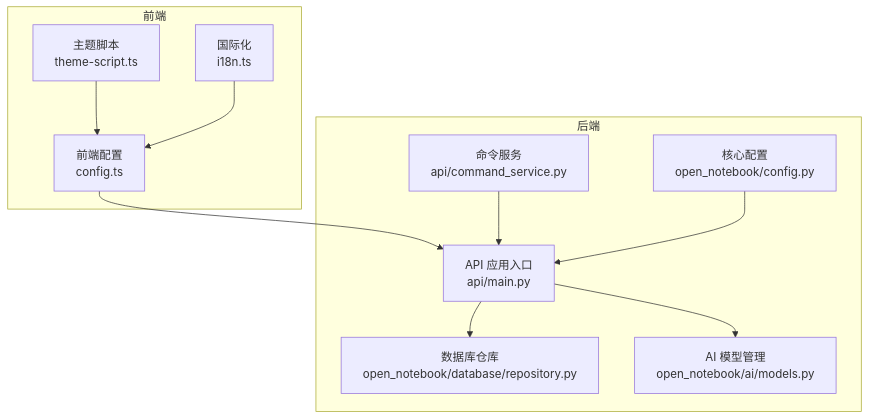
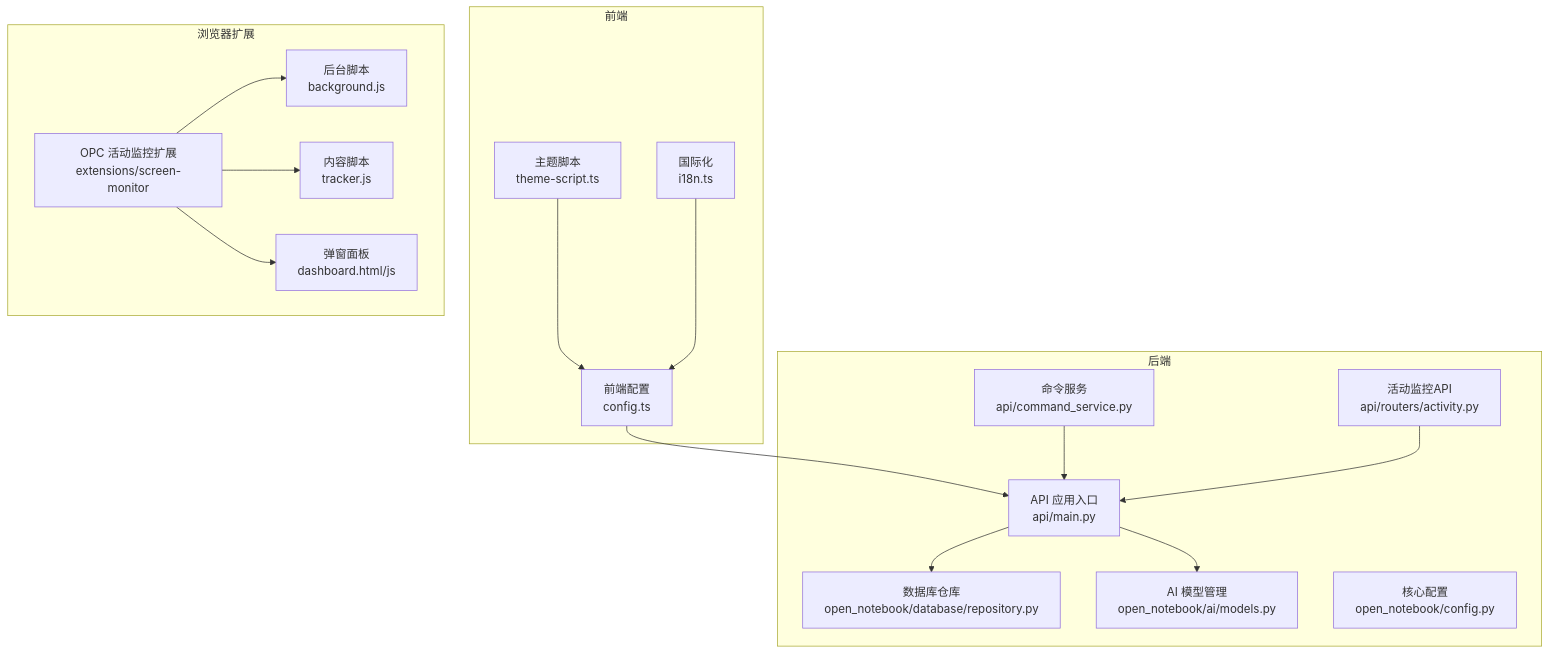
The first of 7 diagrams in .qoder/repowiki/zh/content/扩展与定制/扩展与定制.md (jackeyunjie/open-notebook), drawn with Mermaid before and after one commit. The commit also changed other lines of this file and 51 other files, not shown here.

````diff
--- a/.qoder/repowiki/zh/content/扩展与定制/扩展与定制.md
+++ b/.qoder/repowiki/zh/content/扩展与定制/扩展与定制.md
@@ -48,22 +67,32 @@
 ```mermaid
 graph TB
 subgraph "前端"
 FE_Config["前端配置<br/>config.ts"]
 FE_Theme["主题脚本<br/>theme-script.ts"]
 FE_I18n["国际化<br/>i18n.ts"]
 end
 subgraph "后端"
 API_Main["API 应用入口<br/>api/main.py"]
 API_CommandSvc["命令服务<br/>api/command_service.py"]
+API_Activity["活动监控API<br/>api/routers/activity.py"]
 DB_Repo["数据库仓库<br/>open_notebook/database/repository.py"]
 AI_Models["AI 模型管理<br/>open_notebook/ai/models.py"]
 CFG_Core["核心配置<br/>open_notebook/config.py"]
+end
+subgraph "浏览器扩展"
+EXT_Monitor["OPC 活动监控扩展<br/>extensions/screen-monitor"]
+EXT_Background["后台脚本<br/>background.js"]
+EXT_Content["内容脚本<br/>tracker.js"]
+EXT_Popup["弹窗面板<br/>dashboard.html/js"]
 end
 FE_Config --> API_Main
 FE_Theme --> FE_Config
 FE_I18n --> FE_Config
 API_Main --> DB_Repo
 API_Main --> AI_Models
 API_CommandSvc --> API_Main
-CFG_Core --> API_Main
+API_Activity --> API_Main
+EXT_Monitor --> EXT_Background
+EXT_Monitor --> EXT_Content
+EXT_Monitor --> EXT_Popup
 ```
````
